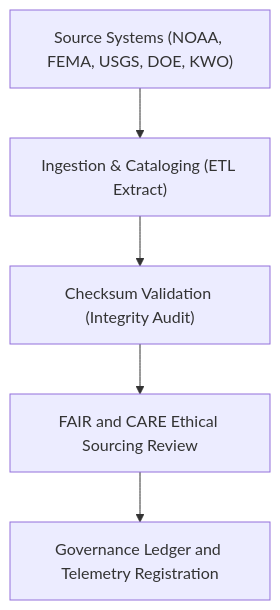
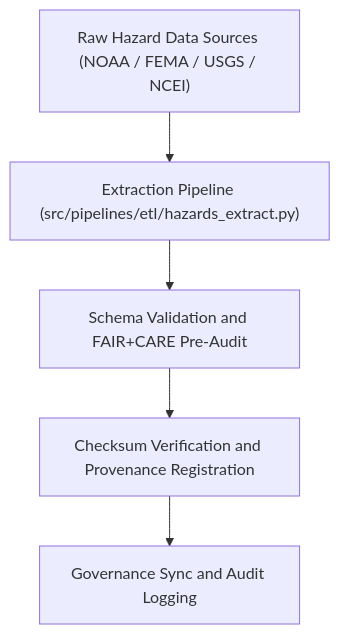
Before and after one commit to bartytime4life/Kansas-Frontier-Matrix: the diagram in data/work/tmp/hazards/logs/etl/extract/README.md, drawn with Mermaid. The commit also changed other lines of this file, not shown here.

````diff
--- a/data/work/tmp/hazards/logs/etl/extract/README.md
+++ b/data/work/tmp/hazards/logs/etl/extract/README.md
@@ -68,7 +64,7 @@
 ```mermaid
 flowchart TD
-    A["Source Systems (NOAA, FEMA, USGS, DOE, KWO)"] --> B["Ingestion & Cataloging (ETL Extract)"]
-    B --> C["Checksum Validation (Integrity Audit)"]
-    C --> D["FAIR and CARE Ethical Sourcing Review"]
-    D --> E["Governance Ledger and Telemetry Registration"]
+    A["Raw Hazard Data Sources (NOAA / FEMA / USGS / NCEI)"] --> B["Extraction Pipeline (src/pipelines/etl/hazards_extract.py)"]
+    B --> C["Schema Validation and FAIR+CARE Pre-Audit"]
+    C --> D["Checksum Verification and Provenance Registration"]
+    D --> E["Governance Sync and Audit Logging"]
 ```
````
